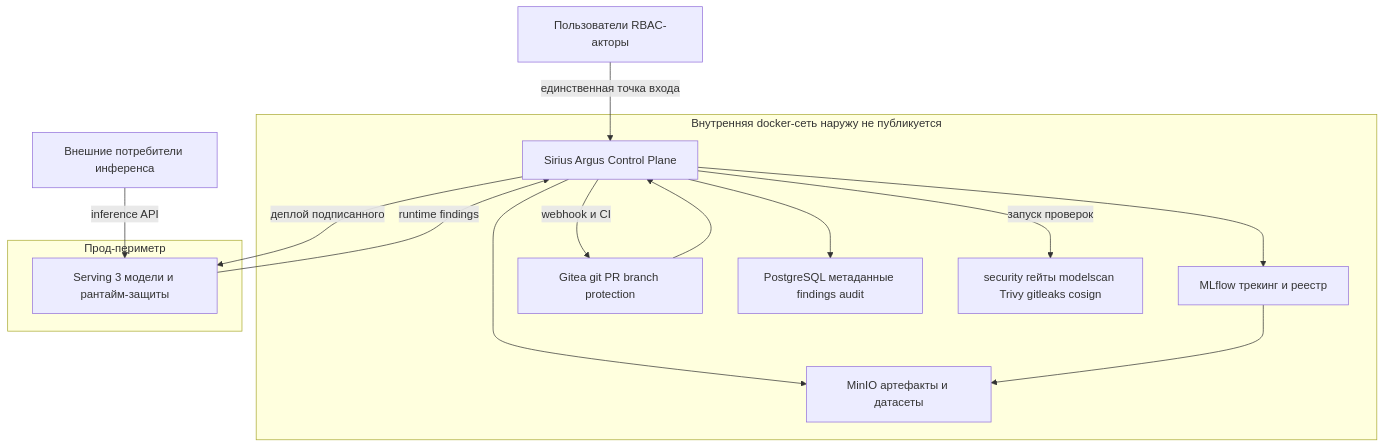
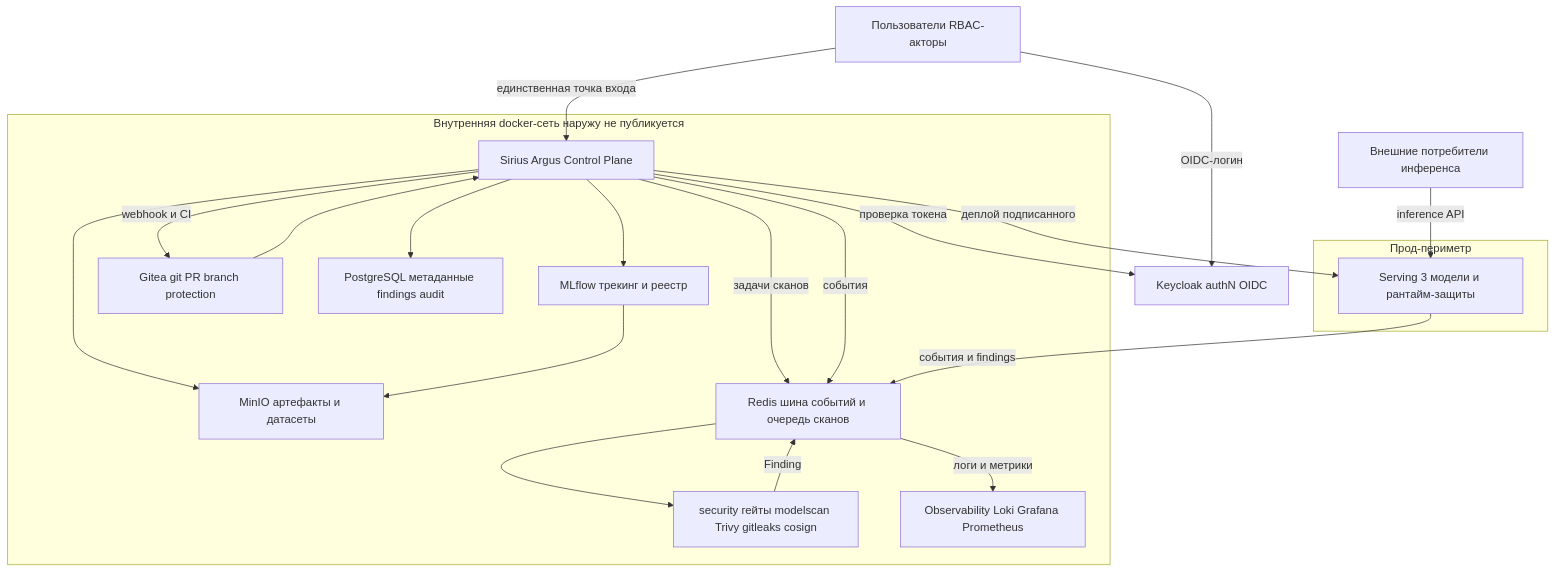
One commit to dmagog/Sirius-Argus changed the second of 8 diagrams in docs/architecture.md. Above: the diagram before and after it, drawn with Mermaid. The commit also changed other lines of this file and 7 other files, not shown here.

First line of the commit message:
arch: ревизия по фидбэку — Keycloak (authN), брокер (Redis), observability (Loki/Grafana/Prometheus)

````diff
--- a/docs/architecture.md
+++ b/docs/architecture.md
@@ -75,27 +75,36 @@
 ```mermaid
 flowchart TB
     U[Пользователи RBAC-акторы]
     CONS[Внешние потребители инференса]
+    KC[Keycloak authN OIDC]
     subgraph INT[Внутренняя docker-сеть наружу не публикуется]
         CP[Sirius Argus Control Plane]
         ML[MLflow трекинг и реестр]
         MO[MinIO артефакты и датасеты]
         GT[Gitea git PR branch protection]
         PG[PostgreSQL метаданные findings audit]
         SEC[security гейты modelscan Trivy gitleaks cosign]
+        BUS[Redis шина событий и очередь сканов]
+        OBS[Observability Loki Grafana Prometheus]
     end
     subgraph PRODSG[Прод-периметр]
         SV[Serving 3 модели и рантайм-защиты]
     end
+    U -->|OIDC-логин| KC
     U -->|единственная точка входа| CP
+    CP -->|проверка токена| KC
     CP --> ML
     CP --> MO
     CP --> PG
     CP -->|webhook и CI| GT
     GT --> CP
-    CP -->|запуск проверок| SEC
+    CP -->|задачи сканов| BUS
+    BUS --> SEC
+    SEC -->|Finding| BUS
+    CP -->|события| BUS
+    BUS -->|логи и метрики| OBS
     ML --> MO
     CP -->|деплой подписанного| SV
-    SV -->|runtime findings| CP
+    SV -->|события и findings| BUS
     CONS -->|inference API| SV
 ```
````
